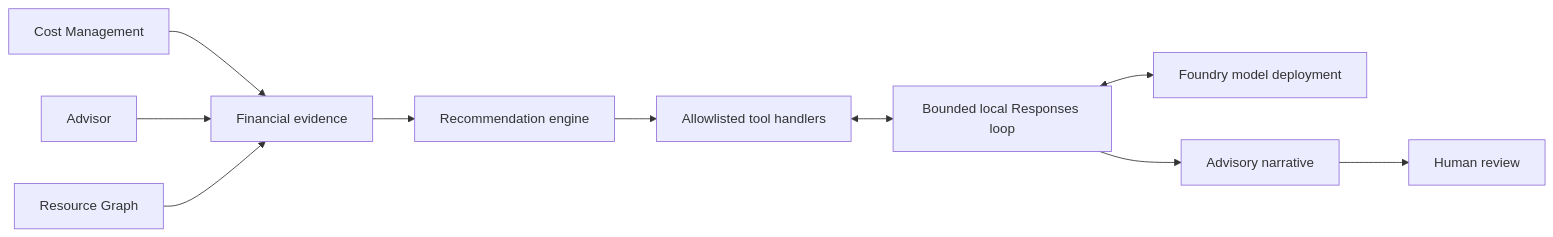
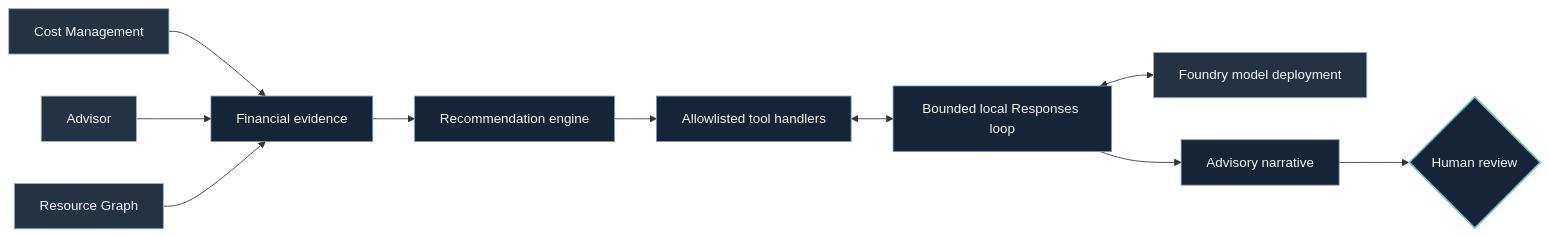
One commit to kibnelbachyr/azure-cost-intelligence changed the diagram in README.md. Above: the diagram before and after it, drawn with Mermaid. The commit also changed other lines of this file, not shown here.

Commit message:
docs: align README and Mermaid visual system

````diff
--- a/README.md
+++ b/README.md
@@ -28,12 +32,18 @@
 ```mermaid
 flowchart LR
   A[Cost Management] --> D[Financial evidence]
   B[Advisor] --> D
   C[Resource Graph] --> D
   D --> E[Recommendation engine]
   E --> F[Allowlisted tool handlers]
   F <--> G[Bounded local Responses loop]
   G <--> H[Foundry model deployment]
   G --> I[Advisory narrative]
-  I --> J[Human review]
+  I --> J{Human review}
+    classDef component fill:#152436,stroke:#7296b6,color:#f3f6f9;
+    classDef decision fill:#152436,stroke:#78c9c1,color:#f3f6f9,stroke-width:2px;
+    classDef endpoint fill:#243344,stroke:#9db0c4,color:#f3f6f9;
+    class D,E,F,G,I component;
+    class J decision;
+    class A,B,C,H endpoint;
 ```
````
